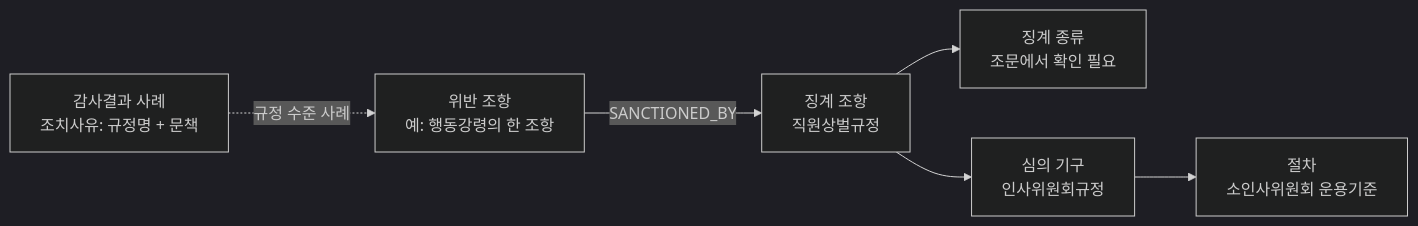
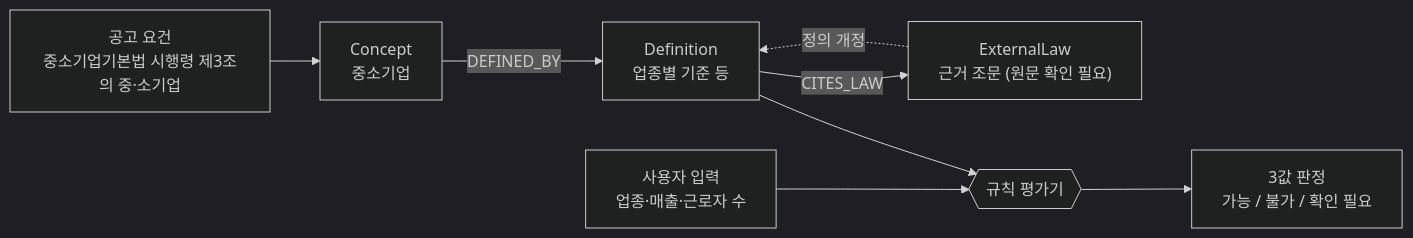
The first of 2 diagrams in docs/ONTOLOGY_NECESSITY.md (encore-ai-campus/mle-01-final-team2), drawn with Mermaid (dark theme) before and after one commit. The commit also changed other lines of this file and 1128 other files, not shown here.

````diff
--- a/docs/ONTOLOGY_NECESSITY.md
+++ b/docs/ONTOLOGY_NECESSITY.md
@@ -153,8 +69,10 @@
 ```mermaid
 flowchart LR
-    V["위반 조항<br/>예: 행동강령의 한 조항"] -- SANCTIONED_BY --> P["징계 조항<br/>직원상벌규정"]
-    P --> T["징계 종류<br/>조문에서 확인 필요"]
-    P --> H["심의 기구<br/>인사위원회규정"]
-    H --> R["절차<br/>소인사위원회 운용기준"]
-    AU["감사결과 사례<br/>조치사유: 규정명 + 문책"] -. "규정 수준 사례" .-> V
+    R["공고 요건<br/>중소기업기본법 시행령 제3조의 중·소기업"] --> C["Concept<br/>중소기업"]
+    C -- DEFINED_BY --> D["Definition<br/>업종별 기준 등"]
+    D -- CITES_LAW --> L["ExternalLaw<br/>근거 조문 (원문 확인 필요)"]
+    U["사용자 입력<br/>업종·매출·근로자 수"] --> E{{"규칙 평가기"}}
+    D --> E
+    E --> V["3값 판정<br/>가능 / 불가 / 확인 필요"]
+    L -. "정의 개정" .-> D
 ```
````
